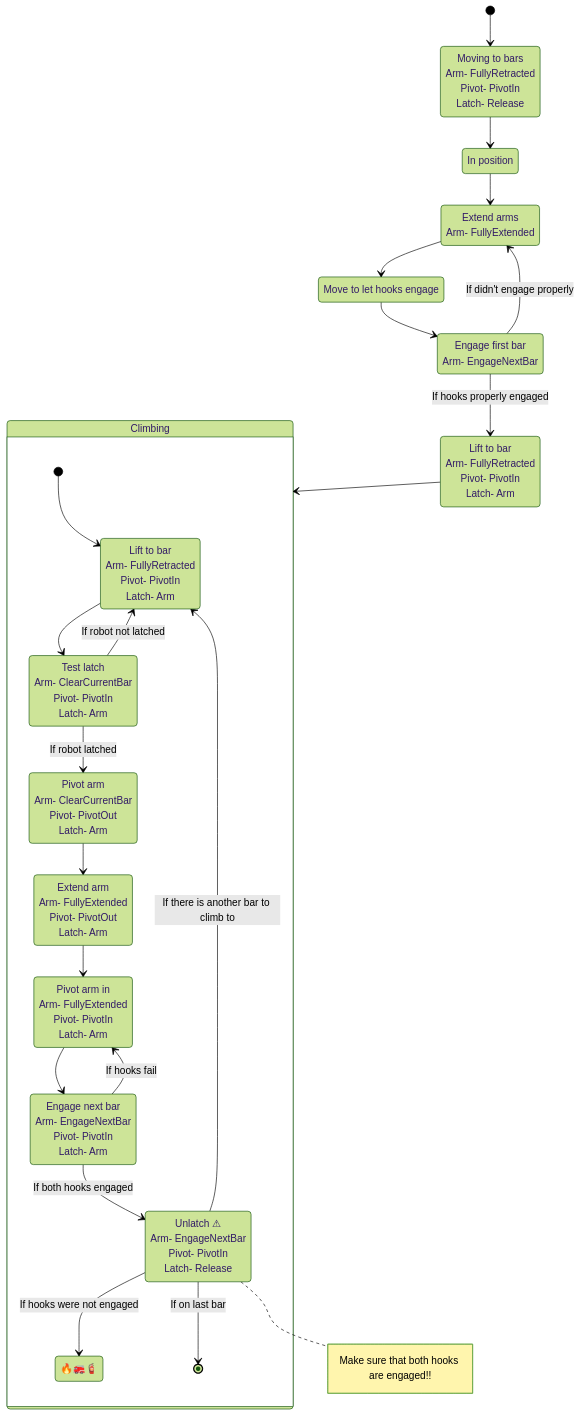
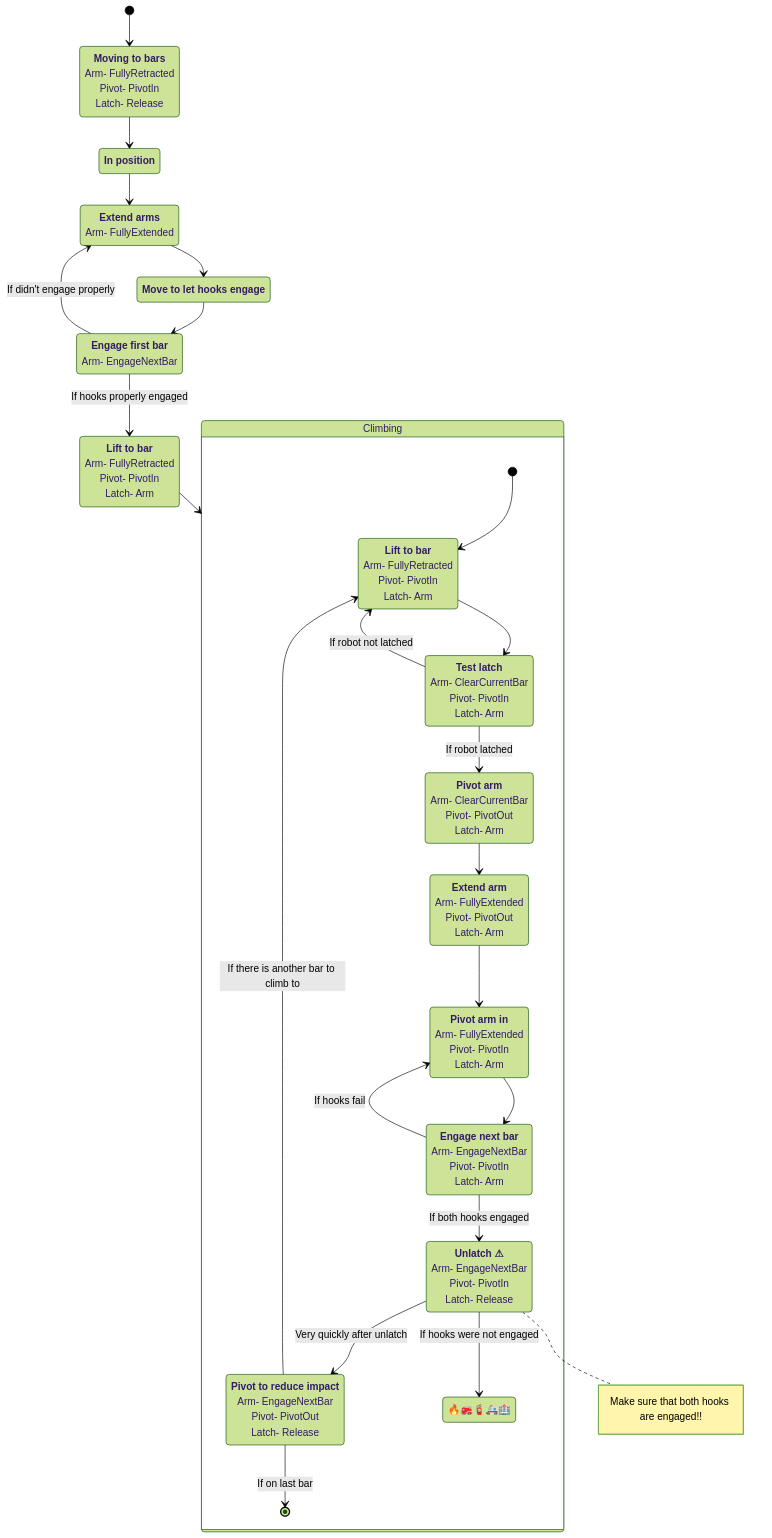
One commit to Team488/TeamXbot2022 changed the diagram in doc/climber-states.md. Above: the diagram before and after it, drawn with Mermaid (forest theme).

Commit message:
Formatting

````diff
--- a/doc/climber-states.md
+++ b/doc/climber-states.md
@@ -24,50 +24,52 @@
 ```mermaid
 stateDiagram-v2
-    moving: Moving to bars <br> Arm- FullyRetracted <br> Pivot- PivotIn <br> Latch- Release
-    grounded: In position
-    initial_extend: Extend arms <br> Arm- FullyExtended
-    move_to_engage: Move to let hooks engage
-    initial_extend_verify: Engage first bar <br> Arm- EngageNextBar
-    first_lift: Lift to bar <br> Arm- FullyRetracted <br> Pivot- PivotIn <br> Latch- Arm
+    moving: <b>Moving to bars</b> <br> Arm- FullyRetracted <br> Pivot- PivotIn <br> Latch- Release
+    grounded: <b>In position</b>
+    initial_extend: <b>Extend arms</b> <br> Arm- FullyExtended
+    move_to_engage: <b>Move to let hooks engage</b>
+    initial_extend_verify: <b>Engage first bar</b> <br> Arm- EngageNextBar
+    first_lift: <b>Lift to bar</b> <br> Arm- FullyRetracted <br> Pivot- PivotIn <br> Latch- Arm
 
     [*] --> moving
     moving --> grounded
 
     %% We are positioned at the monkey bars at this point
     grounded --> initial_extend
     initial_extend --> move_to_engage
     move_to_engage --> initial_extend_verify
     initial_extend_verify --> initial_extend : If didn't engage properly
 
     %% We're on the first bar, time to pull up!
     initial_extend_verify --> first_lift : If hooks properly engaged
     first_lift --> Climbing
 
     %% Climbing cycle
     state Climbing {
-        lift: Lift to bar <br> Arm- FullyRetracted <br> Pivot- PivotIn <br> Latch- Arm
-        test_latch: Test latch <br> Arm- ClearCurrentBar <br> Pivot- PivotIn <br> Latch- Arm
-        pivot: Pivot arm <br> Arm- ClearCurrentBar <br> Pivot- PivotOut <br> Latch- Arm
-        extend: Extend arm <br> Arm- FullyExtended <br> Pivot- PivotOut <br> Latch- Arm
-        unpivot: Pivot arm in <br> Arm- FullyExtended <br> Pivot- PivotIn <br> Latch- Arm
-        engage_bar: Engage next bar <br> Arm- EngageNextBar <br> Pivot- PivotIn <br> Latch- Arm
-        unlatch: Unlatch ⚠ <br> Arm- EngageNextBar <br> Pivot- PivotIn <br> Latch- Release
-        disaster: 🔥🚒🧯
+        lift: <b>Lift to bar</b> <br> Arm- FullyRetracted <br> Pivot- PivotIn <br> Latch- Arm
+        test_latch: <b>Test latch</b> <br> Arm- ClearCurrentBar <br> Pivot- PivotIn <br> Latch- Arm
+        pivot: <b>Pivot arm</b> <br> Arm- ClearCurrentBar <br> Pivot- PivotOut <br> Latch- Arm
+        extend: <b>Extend arm</b> <br> Arm- FullyExtended <br> Pivot- PivotOut <br> Latch- Arm
+        unpivot: <b>Pivot arm in</b> <br> Arm- FullyExtended <br> Pivot- PivotIn <br> Latch- Arm
+        engage_bar: <b>Engage next bar</b> <br> Arm- EngageNextBar <br> Pivot- PivotIn <br> Latch- Arm
+        unlatch: <b>Unlatch ⚠</b> <br> Arm- EngageNextBar <br> Pivot- PivotIn <br> Latch- Release
+        fast_pivot: <b>Pivot to reduce impact</b> <br> Arm- EngageNextBar <br> Pivot- PivotOut <br> Latch- Release
+        disaster: 🔥🚒🧯🚑🏥
 
         [*] --> lift
         lift --> test_latch
         test_latch --> lift : If robot not latched
         test_latch --> pivot : If robot latched
         pivot --> extend
         extend --> unpivot
         unpivot --> engage_bar
         engage_bar --> unpivot : If hooks fail
 
         note right of unlatch : Make sure that both hooks are engaged!!
         engage_bar --> unlatch : If both hooks engaged
-        unlatch --> lift : If there is another bar to climb to
+        unlatch --> fast_pivot : Very quickly after unlatch
+        fast_pivot --> lift : If there is another bar to climb to
         unlatch --> disaster : If hooks were not engaged
-        unlatch --> [*] : If on last bar
+        fast_pivot --> [*] : If on last bar
 
     }
 ```
````
